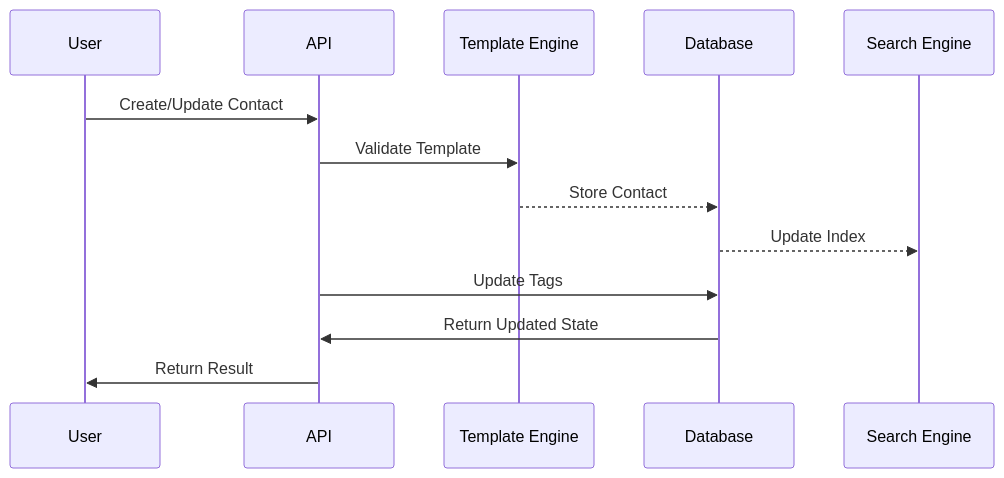
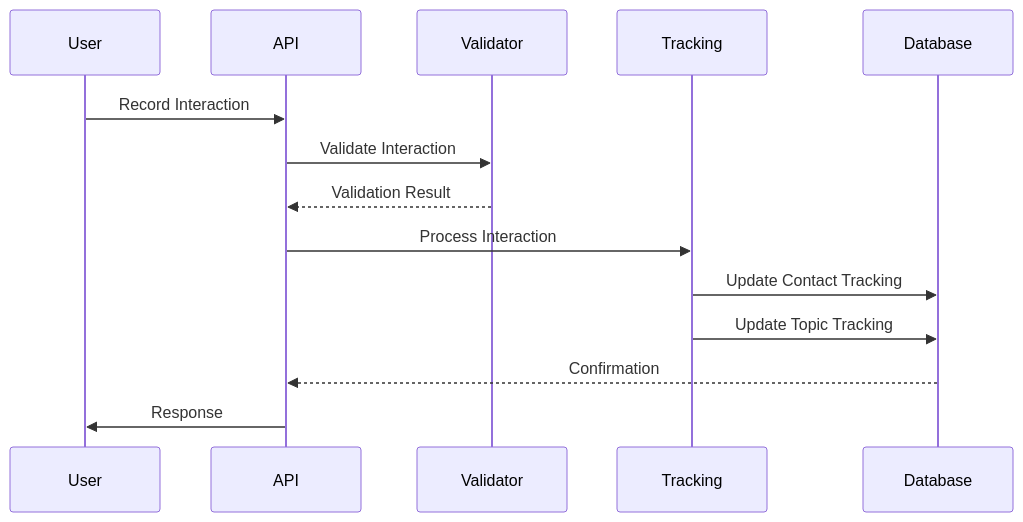
One commit to axjasf/NeverEatAlone changed the third of 4 diagrams in docs/brd/modules/contact_management/technical/architecture.md. Above: the diagram before and after it, drawn with Mermaid. The commit also changed other lines of this file and 3 other files, not shown here.

Commit message:
docs: update contact management documentation for improved interaction tracking

````diff
--- a/docs/brd/modules/contact_management/technical/architecture.md
+++ b/docs/brd/modules/contact_management/technical/architecture.md
@@ -66,16 +76,17 @@
 ```mermaid
 sequenceDiagram
     participant U as User
     participant A as API
-    participant T as Template Engine
+    participant V as Validator
+    participant T as Tracking
     participant D as Database
-    participant S as Search Engine
 
-    U->>A: Create/Update Contact
-    A->>T: Validate Template
-    T-->>D: Store Contact
-    D-->>S: Update Index
-    A->>D: Update Tags
-    D->>A: Return Updated State
-    A->>U: Return Result
+    U->>A: Record Interaction
+    A->>V: Validate Interaction
+    V-->>A: Validation Result
+    A->>T: Process Interaction
+    T->>D: Update Contact Tracking
+    T->>D: Update Topic Tracking
+    D-->>A: Confirmation
+    A->>U: Response
 ```
````
